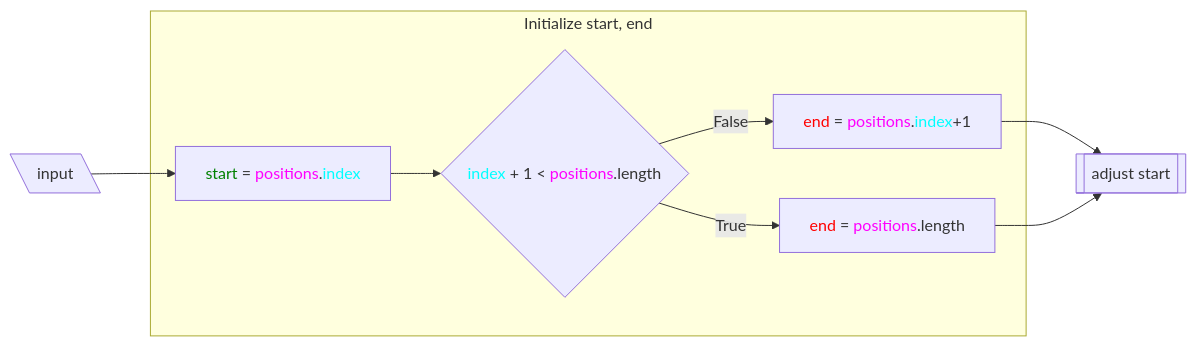
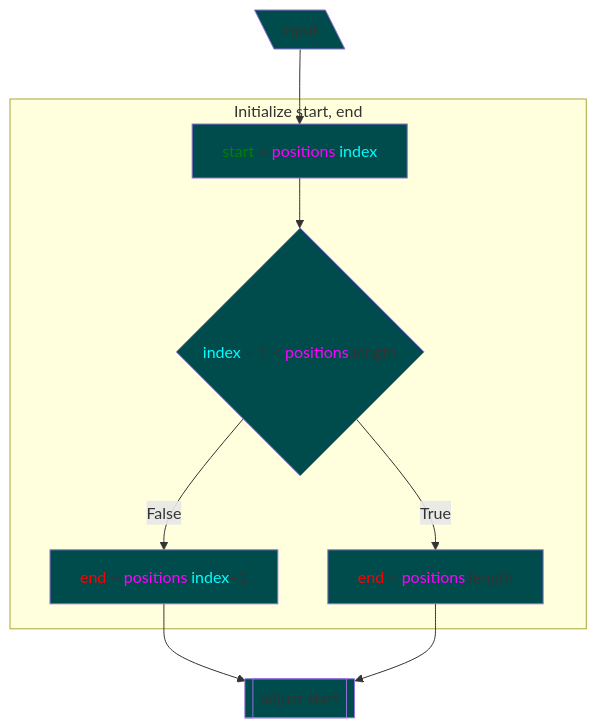
The eighth of 20 diagrams in scripts/table/design.md (7s4e/p3), drawn with Mermaid before and after one commit. The commit also changed other lines of this file, not shown here.

````diff
--- a/scripts/table/design.md
+++ b/scripts/table/design.md
@@ -237,23 +233,24 @@
 ```mermaid
-flowchart LR
-    INP[\input\]
+flowchart
+    classDef fill fill:#004c4c
+    INP[\input\]:::fill
         INP --> SST
     subgraph init [Initialize start, end]
         SST["<span style='color:green;'>start</span> = <span style=
                  'color:magenta;'>positions</span>.<span style='color:cyan;'
-                 >index</span>"]
+                 >index</span>"]:::fill
             SST --> LST
         LST{"<span style='color:cyan;'>index</span> + 1 < <span style=
-                 'color:magenta;'>positions</span>.length"}
+                 'color:magenta;'>positions</span>.length"}:::fill
             LST -- False --> SE1
             LST -- True  --> SE2
         SE1["<span style='color:red;'>end</span> = <span style=
                  'color:magenta;'>positions</span>.<span style='color:cyan;'
-                 >index</span>+1"]
+                 >index</span>+1"]:::fill
         SE2["<span style='color:red;'>end</span> = <span style=
-                 'color:magenta;'>positions</span>.length"]
+                 'color:magenta;'>positions</span>.length"]:::fill
     end
-    AJS[[adjust start]]
+    AJS[[adjust start]]:::fill
         SE1 --> AJS
         SE2 --> AJS
 ```
````
